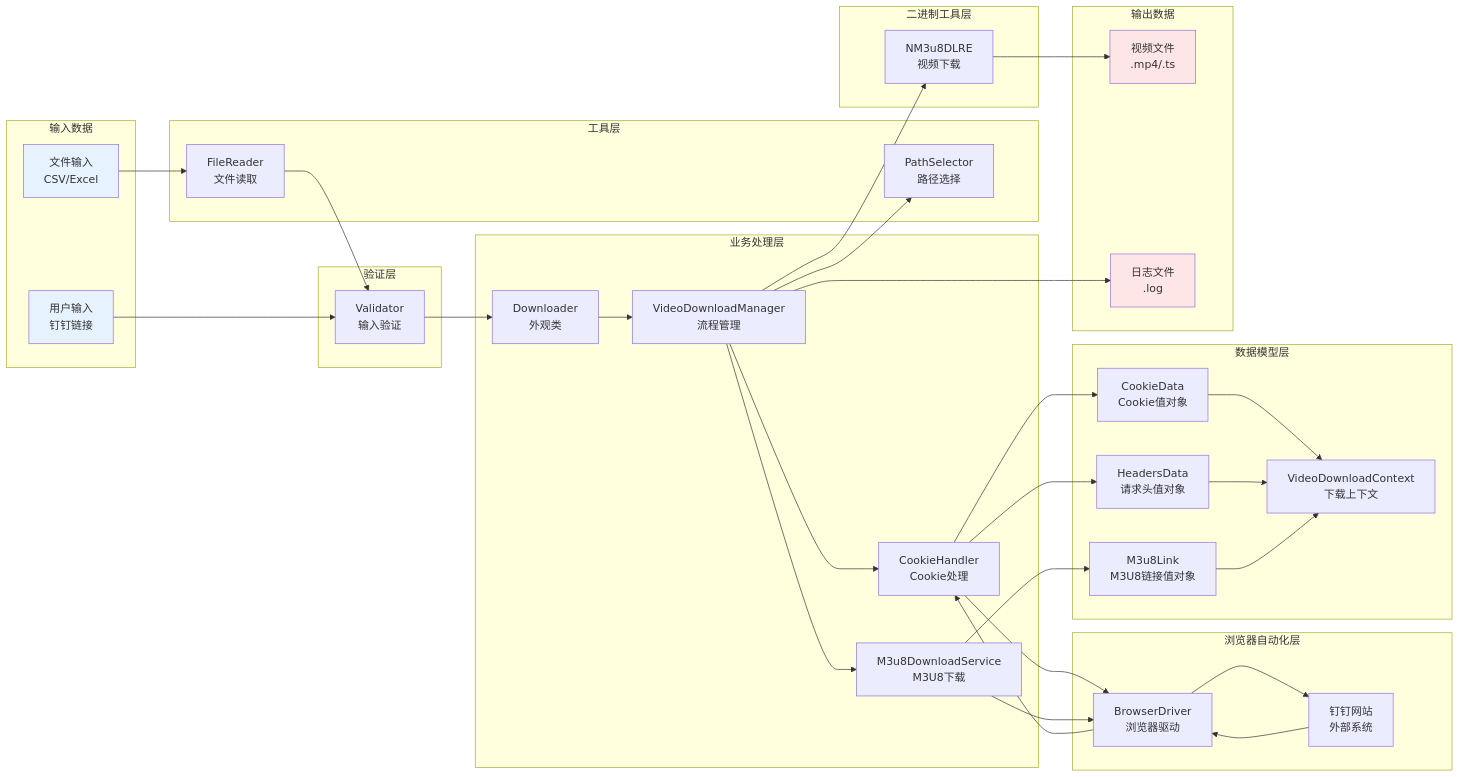
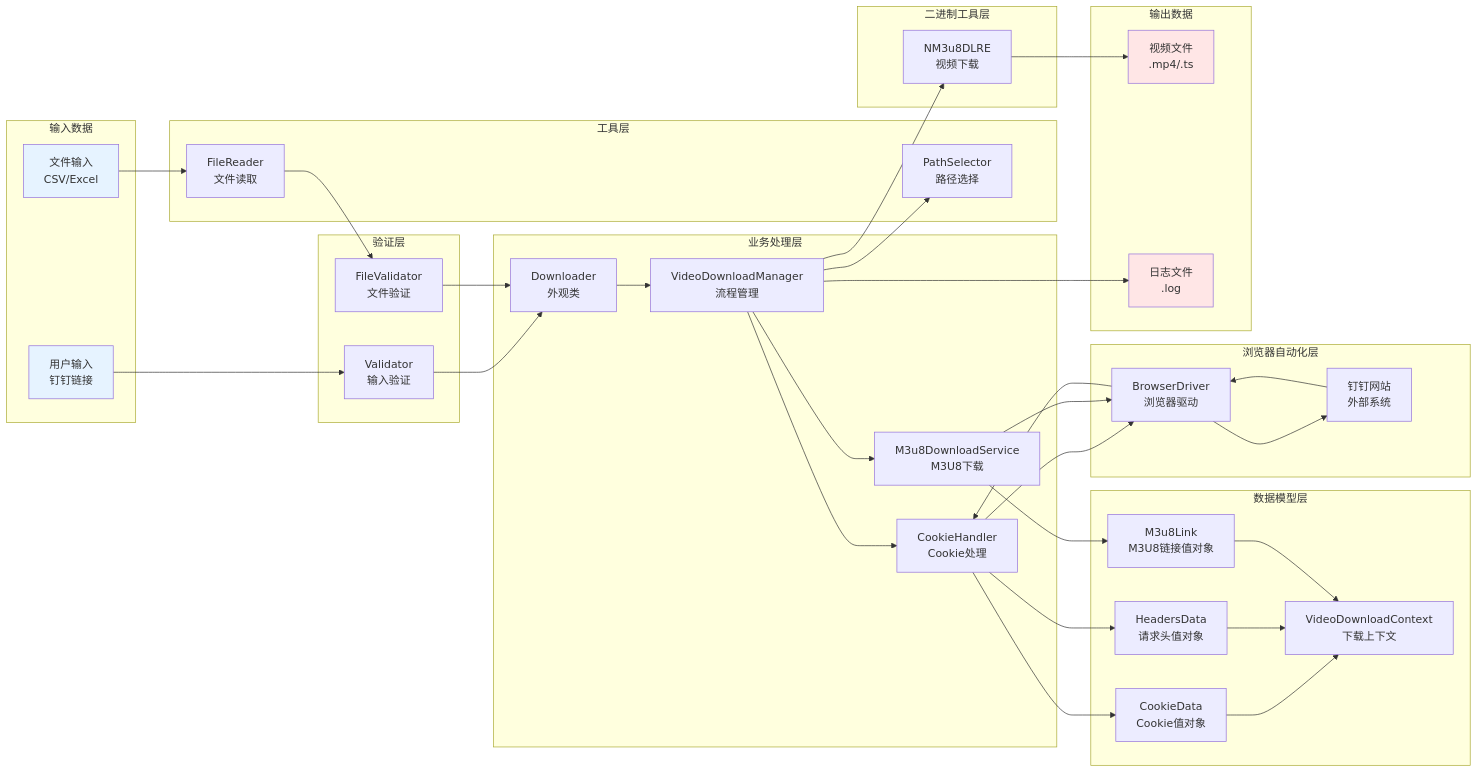
One commit to glacier0315/DingTalk-Live-Playback-Download-Tool changed the sixth of 6 diagrams in docs/architecture.md. Above: the diagram before and after it, drawn with Mermaid. The commit also changed other lines of this file and 2 other files, not shown here.

````diff
--- a/docs/architecture.md
+++ b/docs/architecture.md
@@ -846,78 +951,80 @@
 ```mermaid
 flowchart LR
     subgraph "输入数据"
         A[用户输入<br/>钉钉链接]
         B[文件输入<br/>CSV/Excel]
     end
 
     subgraph "验证层"
         C[Validator<br/>输入验证]
+        D[FileValidator<br/>文件验证]
     end
 
     subgraph "业务处理层"
-        D[Downloader<br/>外观类]
-        E[VideoDownloadManager<br/>流程管理]
-        F[CookieHandler<br/>Cookie处理]
-        G[M3u8DownloadService<br/>M3U8下载]
+        E[Downloader<br/>外观类]
+        F[VideoDownloadManager<br/>流程管理]
+        G[CookieHandler<br/>Cookie处理]
+        H[M3u8DownloadService<br/>M3U8下载]
     end
 
     subgraph "浏览器自动化层"
-        H[BrowserDriver<br/>浏览器驱动]
-        I[钉钉网站<br/>外部系统]
+        I[BrowserDriver<br/>浏览器驱动]
+        J[钉钉网站<br/>外部系统]
     end
 
     subgraph "工具层"
-        J[FileReader<br/>文件读取]
-        K[PathSelector<br/>路径选择]
+        K[FileReader<br/>文件读取]
+        L[PathSelector<br/>路径选择]
     end
 
     subgraph "二进制工具层"
-        L[NM3u8DLRE<br/>视频下载]
+        M[NM3u8DLRE<br/>视频下载]
     end
 
     subgraph "数据模型层"
-        M[CookieData<br/>Cookie值对象]
-        N[HeadersData<br/>请求头值对象]
-        O[M3u8Link<br/>M3U8链接值对象]
-        P[VideoDownloadContext<br/>下载上下文]
+        N[CookieData<br/>Cookie值对象]
+        O[HeadersData<br/>请求头值对象]
+        P[M3u8Link<br/>M3U8链接值对象]
+        Q[VideoDownloadContext<br/>下载上下文]
     end
 
     subgraph "输出数据"
-        Q[视频文件<br/>.mp4/.ts]
-        R[日志文件<br/>.log]
+        R[视频文件<br/>.mp4/.ts]
+        S[日志文件<br/>.log]
     end
 
     A --> C
-    B --> J
-    J --> C
+    B --> K
+    K --> D
 
-    C --> D
+    C --> E
     D --> E
     E --> F
-    E --> G
+    F --> G
+    F --> H
 
-    F --> H
+    G --> I
+    I --> J
+    J --> I
+    I --> G
+
+    G --> N
+    G --> O
+    N --> Q
+    O --> Q
+
     H --> I
-    I --> H
-    H --> F
+    H --> P
+    P --> Q
 
+    F --> L
     F --> M
-    F --> N
-    M --> P
-    N --> P
+    M --> R
 
-    G --> H
-    G --> O
-    O --> P
-
-    E --> K
-    E --> L
-    L --> Q
-
-    E --> R
+    F --> S
 
     style A fill:#E6F3FF
     style B fill:#E6F3FF
-    style Q fill:#FFE6E6
     style R fill:#FFE6E6
+    style S fill:#FFE6E6
 ```
````
